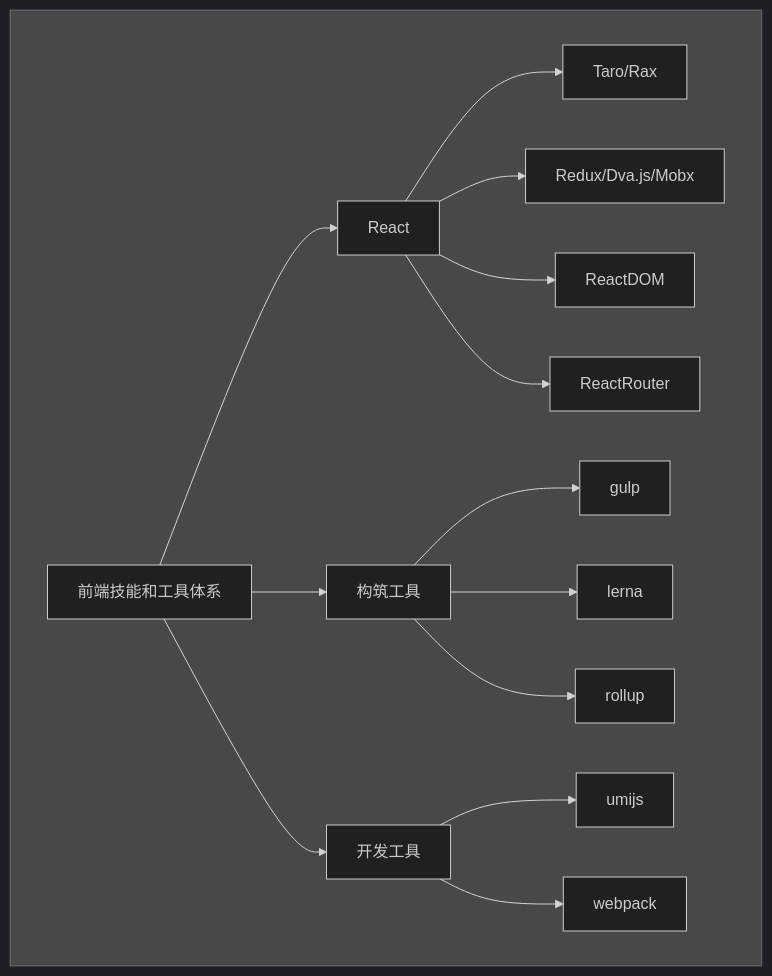
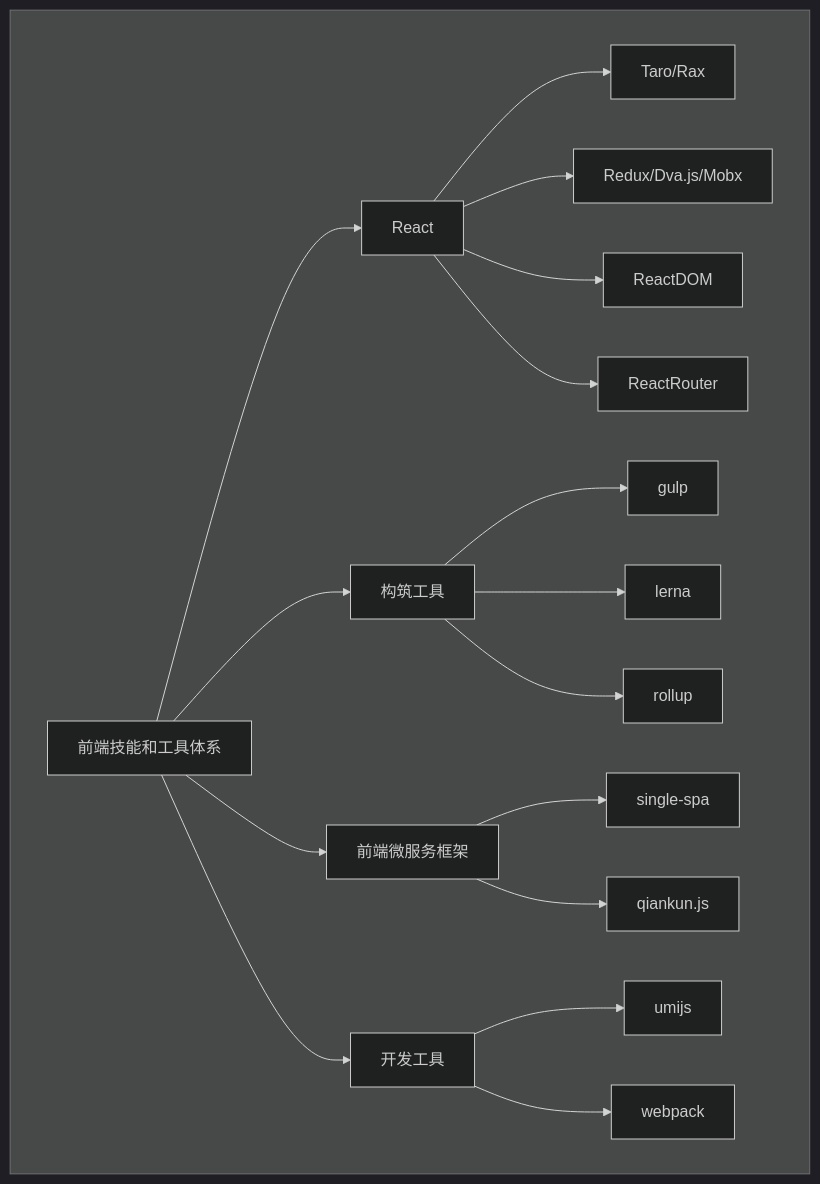
Before and after one commit to yushicheng/self-introduction: the first of 2 diagrams in docs/01-自我介绍.mdx, drawn with Mermaid (dark theme). The commit also changed 4 other files, not shown here.

````diff
--- a/docs/01-自我介绍.mdx
+++ b/docs/01-自我介绍.mdx
@@ -45,20 +45,23 @@
 ```mermaid
 flowchart TD;
     subgraph  
       前端技能和工具体系-->React;
               React-->Taro/Rax;
               React-->Redux/Dva.js/Mobx;
               React-->ReactDOM;
               React-->ReactRouter;
 
       前端技能和工具体系-->构筑工具;
-              构筑工具--> gulp;
+                构筑工具--> gulp;
                 构筑工具--> lerna;
                 构筑工具--> rollup;
 
+      前端技能和工具体系-->前端微服务框架;
+                前端微服务框架-->single-spa;
+                前端微服务框架-->qiankun.js;
 
       前端技能和工具体系-->开发工具;
               开发工具--> umijs;
               开发工具--> webpack;
     end;
 ```
````
